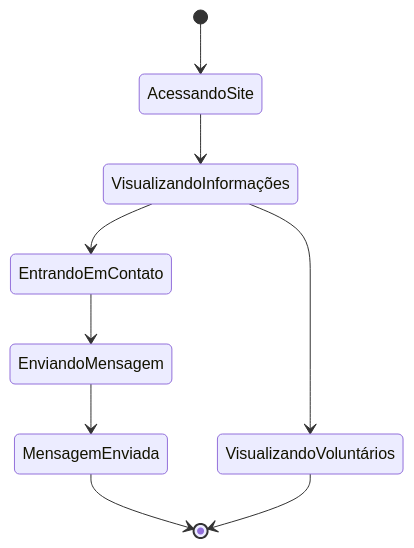
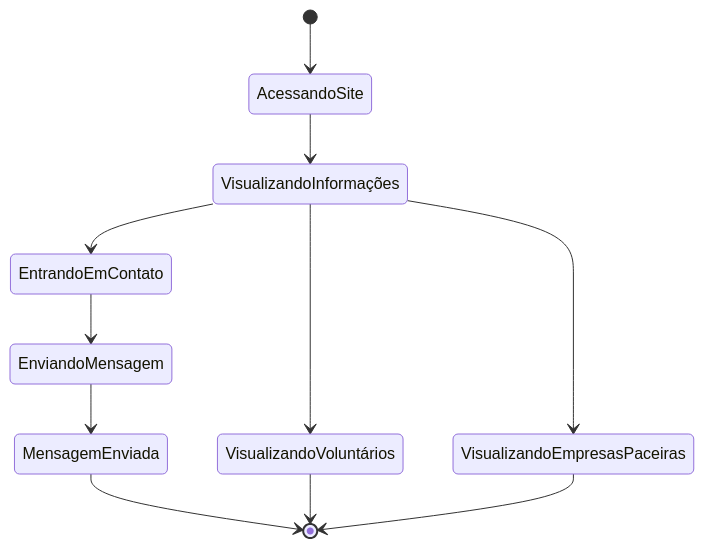
One commit to ligiaoliveira/Casa-dos-Gatos changed the diagram in docs/diagramas/estados_voluntario.md. Above: the diagram before and after it, drawn with Mermaid.

````diff
--- a/docs/diagramas/estados_voluntario.md
+++ b/docs/diagramas/estados_voluntario.md
@@ -1,17 +1,20 @@
 ```mermaid
 stateDiagram-v2
 
   [*] --> AcessandoSite
 
   AcessandoSite --> VisualizandoInformações
   VisualizandoInformações --> VisualizandoVoluntários
   VisualizandoInformações --> EntrandoEmContato
+  VisualizandoInformações --> VisualizandoEmpresasPaceiras
 
   %% Contato
   EntrandoEmContato --> EnviandoMensagem
   EnviandoMensagem --> MensagemEnviada
   MensagemEnviada --> [*]
 
   %% Visualização
   VisualizandoVoluntários --> [*]
+  VisualizandoEmpresasPaceiras --> [*]
+
   ```
````
